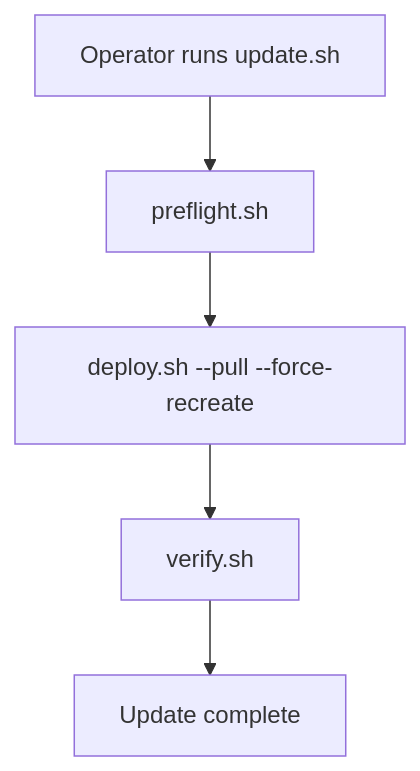
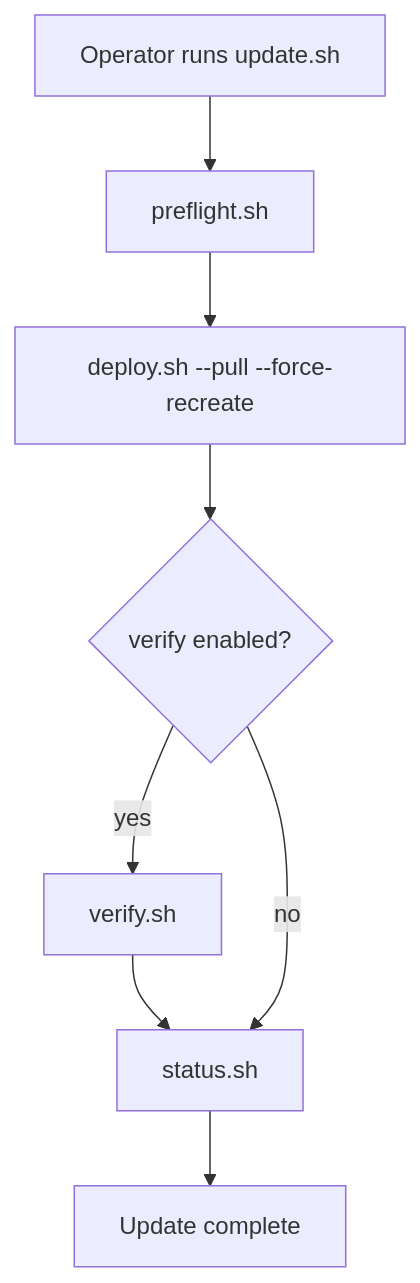
The second of 3 diagrams in deploy/ec2/FLOW.md (AmanVatsSharma/MailZen-Smart-Email-Management), drawn with Mermaid before and after one commit. The commit also changed other lines of this file, not shown here.

Commit message:
refresh deployment flowcharts for hardened script workflows

````diff
--- a/deploy/ec2/FLOW.md
+++ b/deploy/ec2/FLOW.md
@@ -32,7 +34,10 @@
 ```mermaid
 flowchart TD
   UpdateStart[Operator runs update.sh] --> Preflight[preflight.sh]
   Preflight --> DeployPull[deploy.sh --pull --force-recreate]
-  DeployPull --> Verify[verify.sh]
-  Verify --> UpdateDone[Update complete]
+  DeployPull --> VerifyGate{verify enabled?}
+  VerifyGate -- yes --> Verify[verify.sh]
+  Verify --> Status[status.sh]
+  VerifyGate -- no --> Status[status.sh]
+  Status --> UpdateDone[Update complete]
 ```
````
